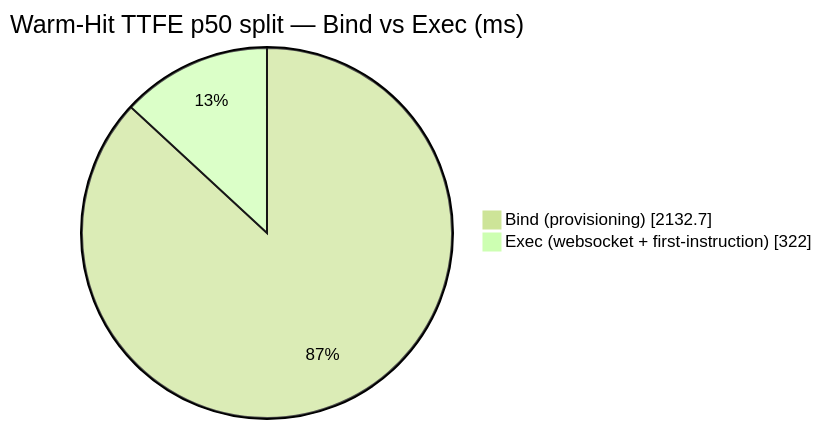
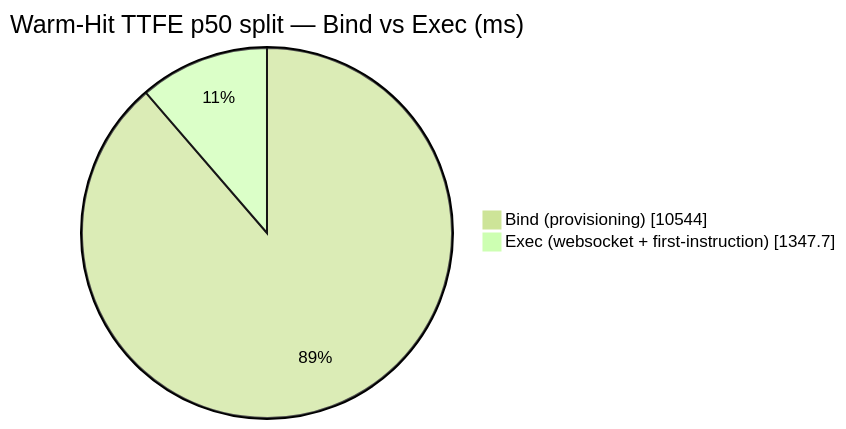
One commit to AlexBulankou/honest-bench changed the diagram in DETAILS.md. Above: the diagram before and after it, drawn with Mermaid (forest theme). The commit also changed other lines of this file and 4 other files, not shown here.

````diff
--- a/DETAILS.md
+++ b/DETAILS.md
@@ -108,6 +109,6 @@
 ```mermaid
 pie showData
     title Warm-Hit TTFE p50 split — Bind vs Exec (ms)
-    "Bind (provisioning)" : 2132.7
-    "Exec (websocket + first-instruction)" : 322.0
+    "Bind (provisioning)" : 10544.0
+    "Exec (websocket + first-instruction)" : 1347.7
 ```
````
